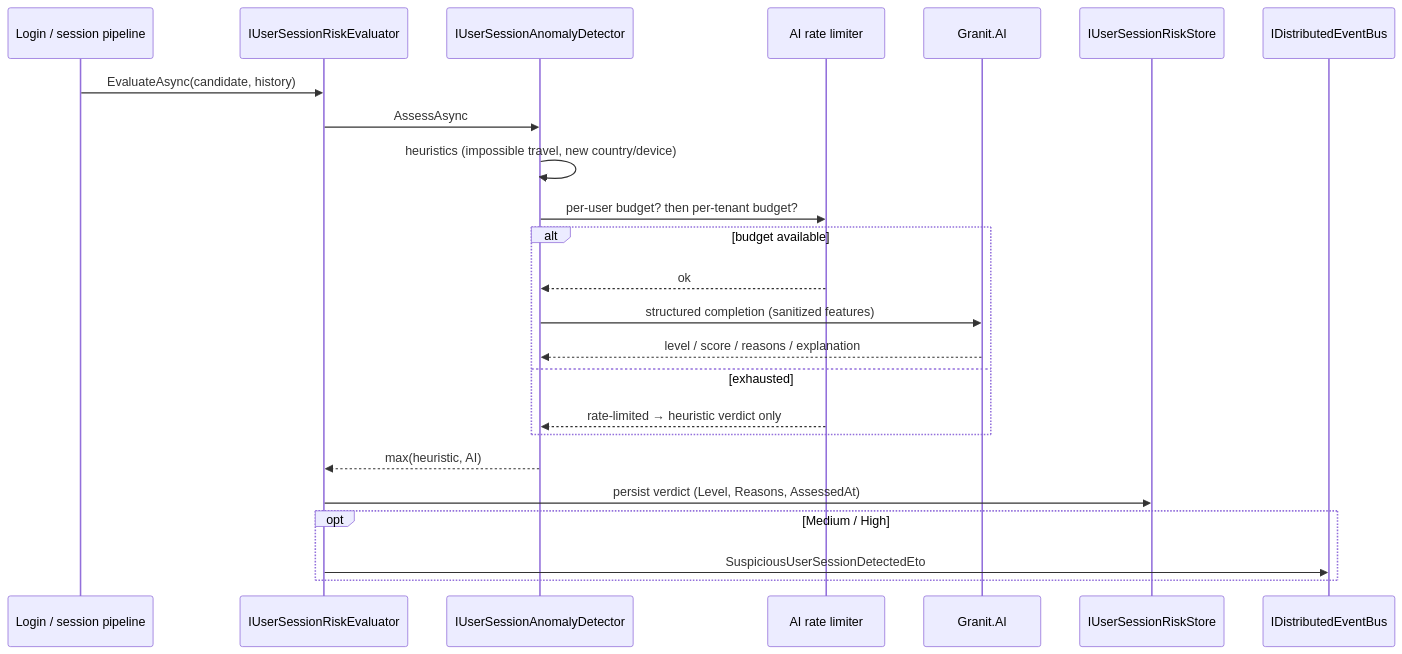
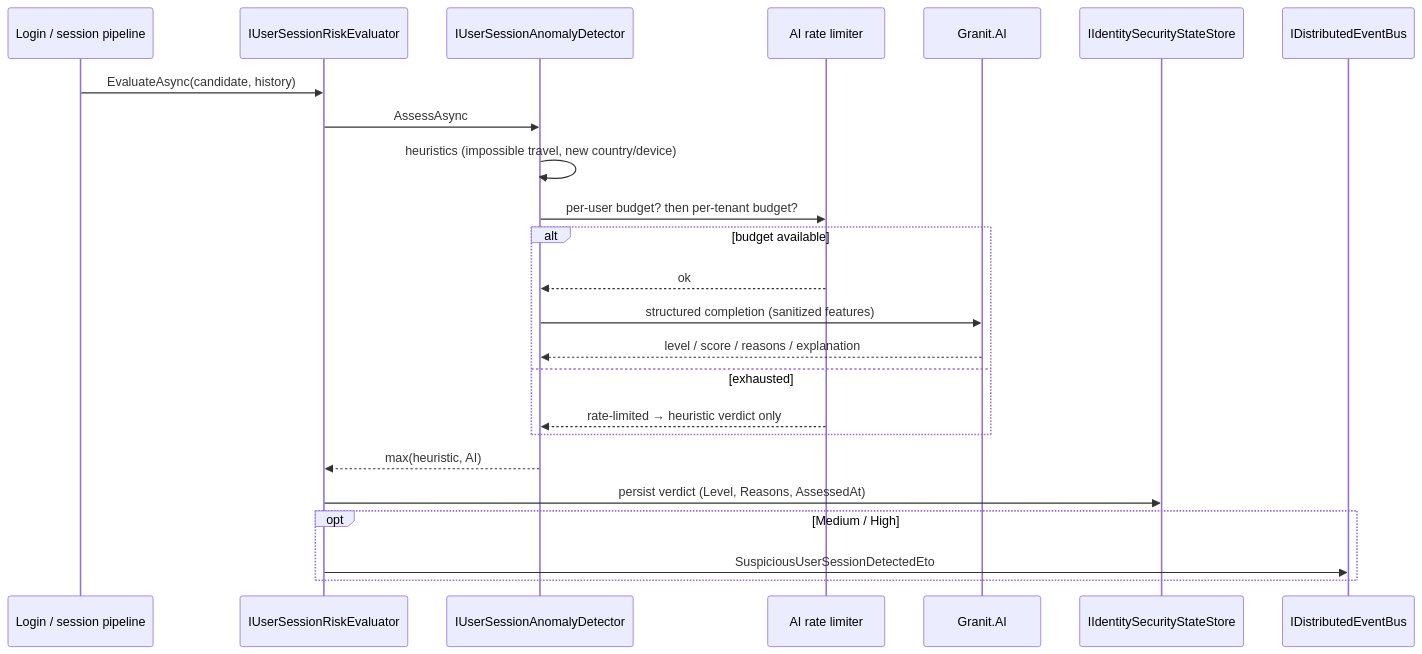
One commit to granit-fx/granit-docs changed the diagram in src/content/docs/dotnet/security/user-sessions.mdx. Above: the diagram before and after it, drawn with Mermaid. The commit also changed other lines of this file and 105 other files, not shown here.

````diff
--- a/src/content/docs/dotnet/security/user-sessions.mdx
+++ b/src/content/docs/dotnet/security/user-sessions.mdx
@@ -207,27 +210,27 @@
 ```mermaid
 sequenceDiagram
     participant App as Login / session pipeline
     participant Eval as IUserSessionRiskEvaluator
     participant Det as IUserSessionAnomalyDetector
     participant RL as AI rate limiter
     participant AI as Granit.AI
-    participant Store as IUserSessionRiskStore
+    participant Store as IIdentitySecurityStateStore
     participant Bus as IDistributedEventBus
 
     App->>Eval: EvaluateAsync(candidate, history)
     Eval->>Det: AssessAsync
     Det->>Det: heuristics (impossible travel, new country/device)
     Det->>RL: per-user budget? then per-tenant budget?
     alt budget available
         RL-->>Det: ok
         Det->>AI: structured completion (sanitized features)
         AI-->>Det: level / score / reasons / explanation
     else exhausted
         RL-->>Det: rate-limited → heuristic verdict only
     end
     Det-->>Eval: max(heuristic, AI)
     Eval->>Store: persist verdict (Level, Reasons, AssessedAt)
     opt Medium / High
         Eval->>Bus: SuspiciousUserSessionDetectedEto
     end
 ```
````
